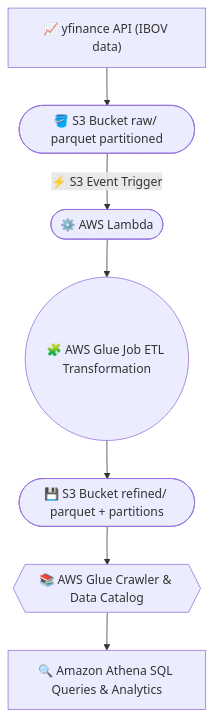
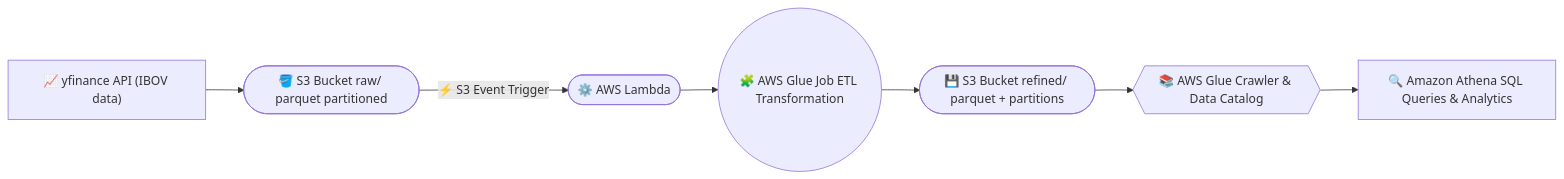
One commit to aylatilio/b3-dataflow-aws-batch changed the diagram in README.md. Above: the diagram before and after it, drawn with Mermaid.

````diff
--- a/README.md
+++ b/README.md
@@ -36,9 +36,9 @@
 ```mermaid
-flowchart TB
+flowchart LR
     A["📈 yfinance API (IBOV data)"] --> B(["🪣 S3 Bucket raw/ parquet partitioned"])
     B -->|⚡ S3 Event Trigger| C(["⚙️ AWS Lambda"])
     C --> D(("🧩 AWS Glue Job ETL Transformation"))
     D --> E(["💾 S3 Bucket refined/ parquet + partitions"])
     E --> F{{"📚 AWS Glue Crawler & Data Catalog"}}
     F --> G["🔍 Amazon Athena SQL Queries & Analytics"]
 ```
````
